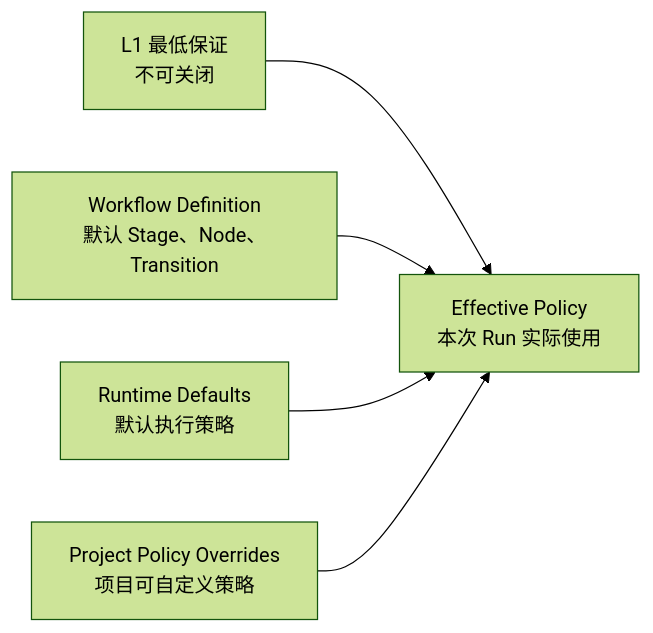
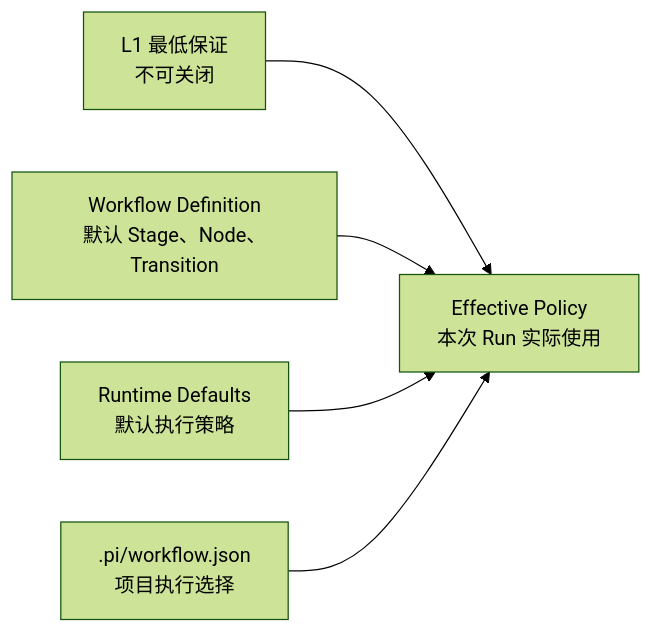
The fourth of 10 diagrams in docs/02-产品实现/fix-runtime-technical-design.md (ZHOUKAILIAN/my-pi-extension), drawn with Mermaid (forest theme) before and after one commit. The commit also changed other lines of this file and 8 other files, not shown here.

````diff
--- a/docs/02-产品实现/fix-runtime-technical-design.md
+++ b/docs/02-产品实现/fix-runtime-technical-design.md
@@ -159,13 +163,13 @@
 ```mermaid
 flowchart LR
   l1[L1 最低保证<br/>不可关闭]
   definition[Workflow Definition<br/>默认 Stage、Node、Transition]
   defaults[Runtime Defaults<br/>默认执行策略]
-  overrides[Project Policy Overrides<br/>项目可自定义策略]
+  project[.pi/workflow.json<br/>项目执行选择]
   effective[Effective Policy<br/>本次 Run 实际使用]
 
   l1 --> effective
   definition --> effective
   defaults --> effective
-  overrides --> effective
+  project --> effective
 ```
````
